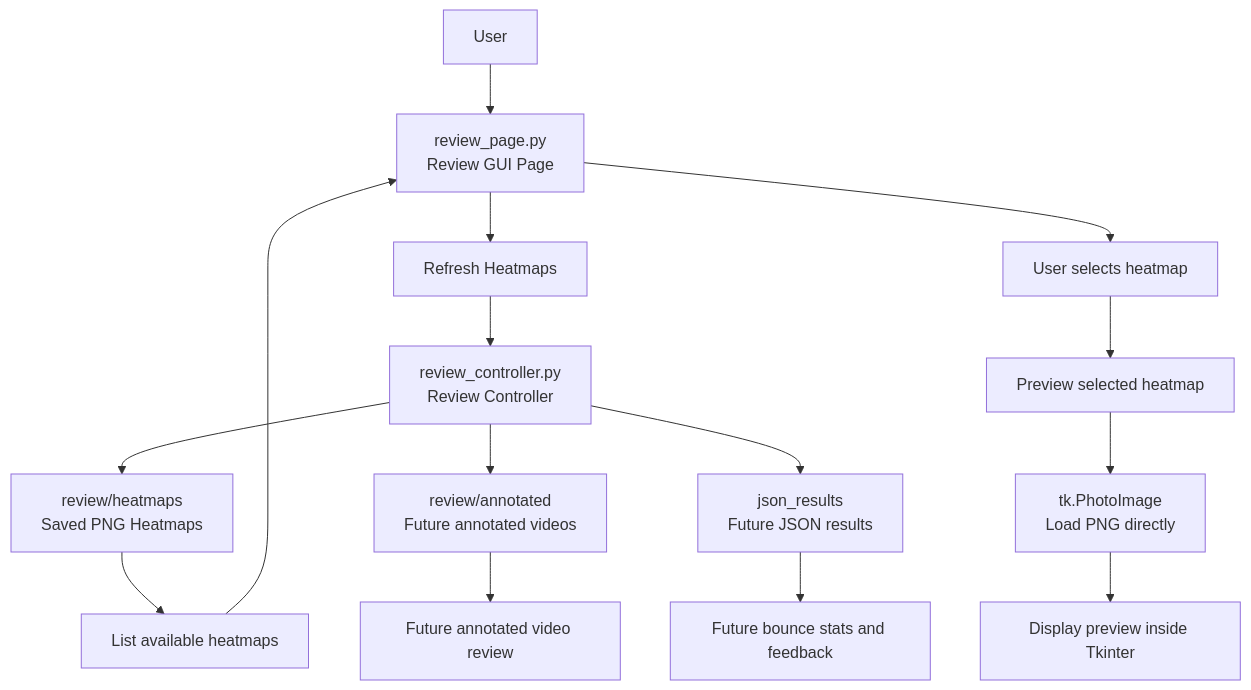
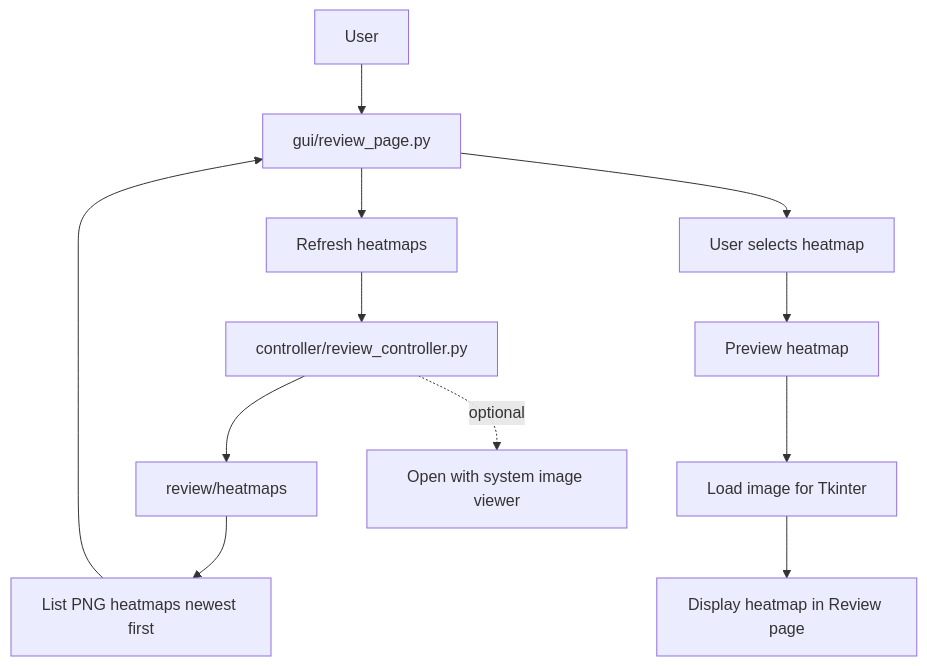
One commit to CoulterRolph/Capstone_Opencv changed the first of 2 diagrams in jetson/docs/review_workflow.md. Above: the diagram before and after it, drawn with Mermaid. The commit also changed other lines of this file and 4 other files, not shown here.

````diff
--- a/jetson/docs/review_workflow.md
+++ b/jetson/docs/review_workflow.md
@@ -47,23 +33,17 @@
 ```mermaid
 flowchart TD
-    User[User] --> ReviewPage[review_page.py<br/>Review GUI Page]
+    User[User] --> ReviewPage[gui/review_page.py]
 
-    ReviewPage --> RefreshHeatmaps[Refresh Heatmaps]
-    RefreshHeatmaps --> ReviewController[review_controller.py<br/>Review Controller]
+    ReviewPage --> Refresh[Refresh heatmaps]
+    Refresh --> ReviewController[controller/review_controller.py]
+    ReviewController --> HeatmapFolder[review/heatmaps]
+    HeatmapFolder --> HeatmapList[List PNG heatmaps newest first]
+    HeatmapList --> ReviewPage
 
-    ReviewController --> HeatmapFolder[review/heatmaps<br/>Saved PNG Heatmaps]
-    HeatmapFolder --> HeatmapList[List available heatmaps]
+    ReviewPage --> Select[User selects heatmap]
+    Select --> Preview[Preview heatmap]
+    Preview --> TkImage[Load image for Tkinter]
+    TkImage --> Display[Display heatmap in Review page]
 
-    HeatmapList --> ReviewPage
-    ReviewPage --> SelectHeatmap[User selects heatmap]
-    SelectHeatmap --> PreviewHeatmap[Preview selected heatmap]
-
-    PreviewHeatmap --> TkPhotoImage[tk.PhotoImage<br/>Load PNG directly]
-    TkPhotoImage --> DisplayPreview[Display preview inside Tkinter]
-
-    ReviewController --> AnnotatedFolder[review/annotated<br/>Future annotated videos]
-    ReviewController --> JsonFolder[json_results<br/>Future JSON results]
-
-    AnnotatedFolder --> FutureVideoReview[Future annotated video review]
-    JsonFolder --> FutureStats[Future bounce stats and feedback]
+    ReviewController -. optional .-> ExternalViewer[Open with system image viewer]
 ```
````
